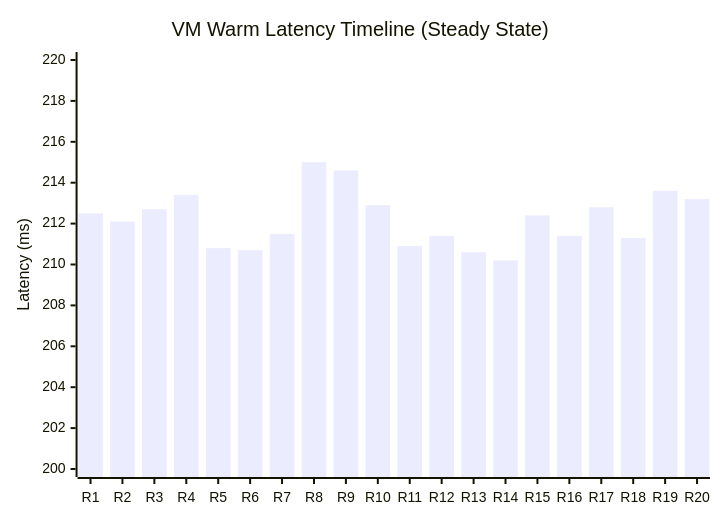
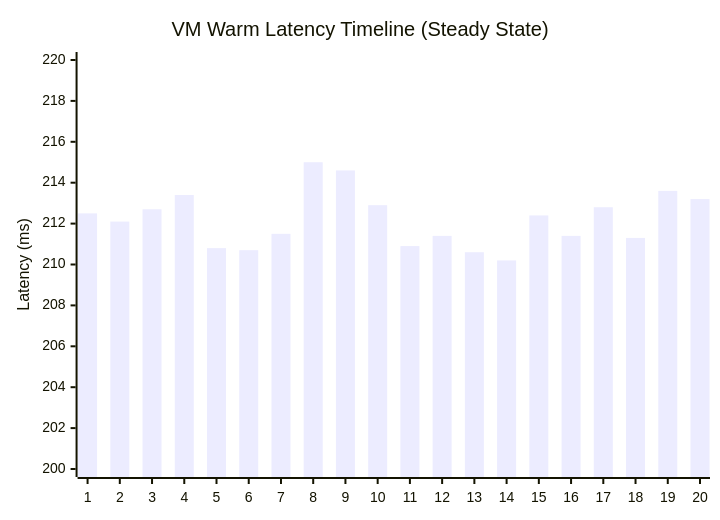
One commit to mshchukin/EURECOM-Clouds-Lab-2026 changed the fifth of 7 diagrams in submission/phase1_report.md. Above: the diagram before and after it, drawn with Mermaid. The commit also changed other lines of this file, not shown here.

Commit message:
Update x-axis labels in latency timelines

````diff
--- a/submission/phase1_report.md
+++ b/submission/phase1_report.md
@@ -59,7 +59,7 @@
 ```mermaid
 xychart-beta
     title "VM Warm Latency Timeline (Steady State)"
-    x-axis ["R1", "R2", "R3", "R4", "R5", "R6", "R7", "R8", "R9", "R10", "R11", "R12", "R13", "R14", "R15", "R16", "R17", "R18", "R19", "R20"]
+    x-axis ["1", "2", "3", "4", "5", "6", "7", "8", "9", "10", "11", "12", "13", "14", "15", "16", "17", "18", "19", "20"]
     y-axis "Latency (ms)" 200 --> 220
     bar "VM Latency" [212.5, 212.1, 212.7, 213.4, 210.8, 210.7, 211.5, 215.0, 214.6, 212.9, 210.9, 211.4, 210.6, 210.2, 212.4, 211.4, 212.8, 211.3, 213.6, 213.2]
 ```
````
